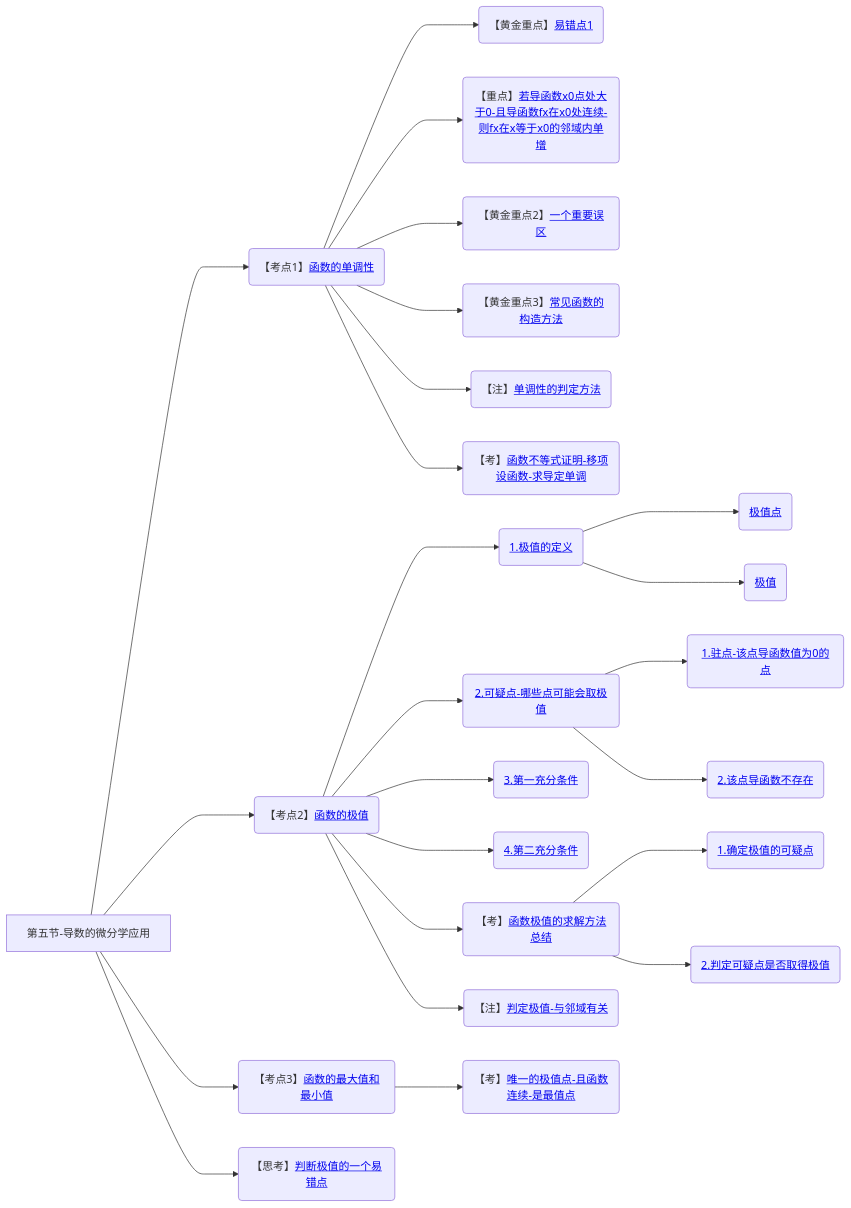
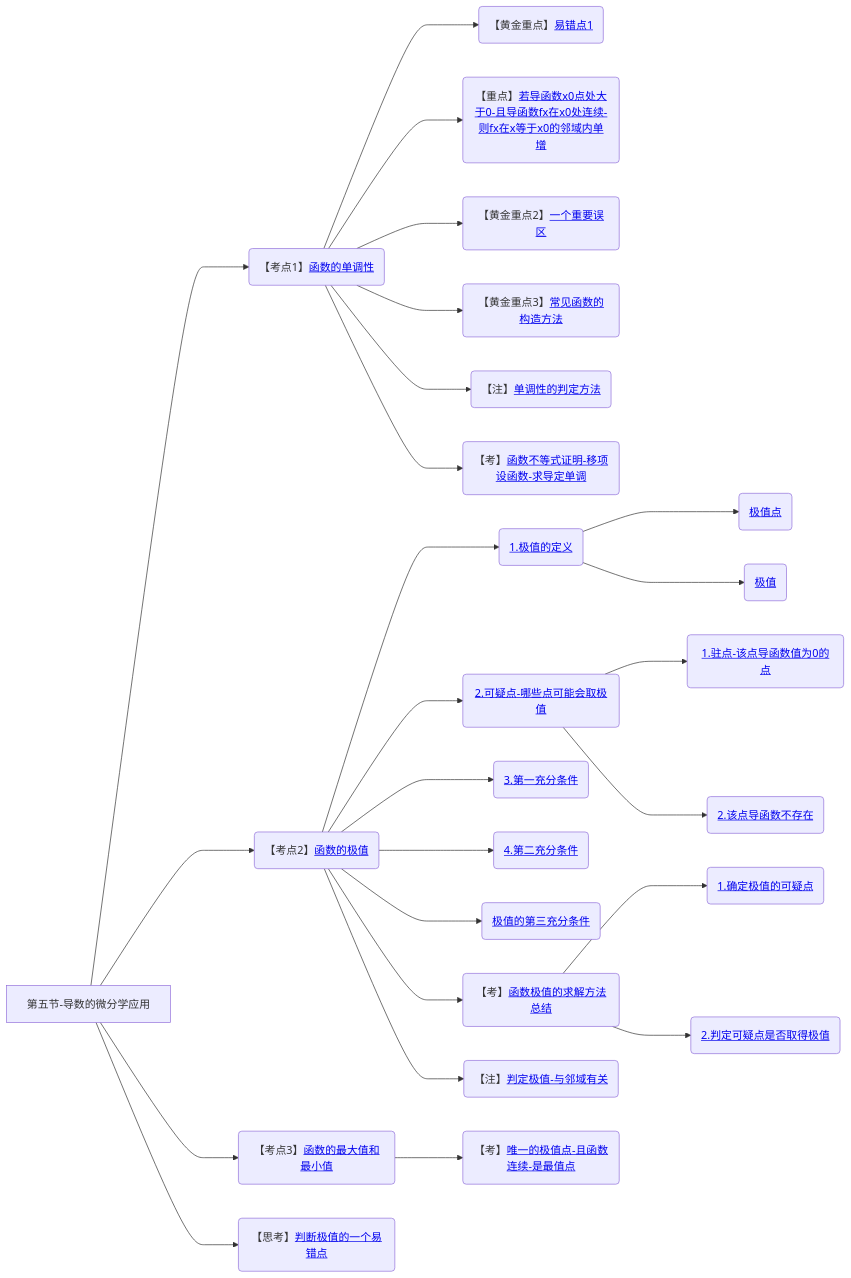
One commit to yuebinghui/note changed diagram 15 of 16 in 笔记/数学/周洋鑫/01.基础班思维导图.md. Above: the diagram before and after it, drawn with Mermaid. The commit also changed 3 other files, not shown here.

````diff
--- a/笔记/数学/周洋鑫/01.基础班思维导图.md
+++ b/笔记/数学/周洋鑫/01.基础班思维导图.md
@@ -530,33 +530,34 @@
 ```mermaid
 graph LR
 第五节-导数的微分学应用
 
 第五节-导数的微分学应用--->函数的单调性(【考点1】<a href="/Users/yuebinghui/Documents/program/github/note/笔记/数学/周洋鑫/基础班/15.导数的微分学应用_1.md#函数的单调性">函数的单调性</>)
 函数的单调性--->易错点1(【黄金重点】<a href="/Users/yuebinghui/Documents/program/github/note/笔记/数学/周洋鑫/基础班/15.导数的微分学应用_1.md#易错点1">易错点1</>)
 函数的单调性--->若导函数x0点处大于0-且导函数fx在x0处连续-则fx在x等于x0的邻域内单增(【重点】<a href="/Users/yuebinghui/Documents/program/github/note/笔记/数学/周洋鑫/基础班/15.导数的微分学应用_1.md#若导函数x0点处大于0-且导函数fx在x0处连续-则fx在x等于x0的邻域内单增">若导函数x0点处大于0-且导函数fx在x0处连续-则fx在x等于x0的邻域内单增</>)
 函数的单调性--->一个重要误区(【黄金重点2】<a href="/Users/yuebinghui/Documents/program/github/note/笔记/数学/周洋鑫/基础班/15.导数的微分学应用_1.md#一个重要误区">一个重要误区</>)
 函数的单调性--->常见函数的构造方法(【黄金重点3】<a href="/Users/yuebinghui/Documents/program/github/note/笔记/数学/周洋鑫/基础班/15.导数的微分学应用_1.md#常见函数的构造方法">常见函数的构造方法</>)
 函数的单调性--->单调性的判定方法(【注】<a href="/Users/yuebinghui/Documents/program/github/note/笔记/数学/周洋鑫/基础班/15.导数的微分学应用_1.md#单调性的判定方法">单调性的判定方法</>)
 函数的单调性--->函数不等式证明-移项设函数-求导定单调(【考】<a href="/Users/yuebinghui/Documents/program/github/note/笔记/数学/周洋鑫/基础班/15.导数的微分学应用_1.md#函数不等式证明-移项设函数-求导定单调">函数不等式证明-移项设函数-求导定单调</>)
 
 第五节-导数的微分学应用--->函数的极值(【考点2】<a href="/Users/yuebinghui/Documents/program/github/note/笔记/数学/周洋鑫/基础班/16.导数的微分学应用_2.md#函数的极值">函数的极值</>)
 函数的极值--->1.极值的定义(<a href="/Users/yuebinghui/Documents/program/github/note/笔记/数学/周洋鑫/基础班/16.导数的微分学应用_2.md#1.极值的定义">1.极值的定义</>)
 1.极值的定义--->极值点(<a href="/Users/yuebinghui/Documents/program/github/note/笔记/数学/周洋鑫/基础班/16.导数的微分学应用_2.md#极值点">极值点</>)
 1.极值的定义--->极值(<a href="/Users/yuebinghui/Documents/program/github/note/笔记/数学/周洋鑫/基础班/16.导数的微分学应用_2.md#极值">极值</>)
 函数的极值--->2.可疑点-哪些点可能会取极值(<a href="/Users/yuebinghui/Documents/program/github/note/笔记/数学/周洋鑫/基础班/16.导数的微分学应用_2.md#2.可疑点-哪些点可能会取极值">2.可疑点-哪些点可能会取极值</>)
 2.可疑点-哪些点可能会取极值--->1.驻点-该点导函数值为0的点(<a href="/Users/yuebinghui/Documents/program/github/note/笔记/数学/周洋鑫/基础班/16.导数的微分学应用_2.md#1.驻点-该点导函数值为0的点">1.驻点-该点导函数值为0的点</>)
 2.可疑点-哪些点可能会取极值--->2.该点导函数不存在(<a href="/Users/yuebinghui/Documents/program/github/note/笔记/数学/周洋鑫/基础班/16.导数的微分学应用_2.md#2.该点导函数不存在">2.该点导函数不存在</>)
 函数的极值--->3.第一充分条件(<a href="/Users/yuebinghui/Documents/program/github/note/笔记/数学/周洋鑫/基础班/16.导数的微分学应用_2.md#3.第一充分条件">3.第一充分条件</>)
 函数的极值--->4.第二充分条件(<a href="/Users/yuebinghui/Documents/program/github/note/笔记/数学/周洋鑫/基础班/16.导数的微分学应用_2.md#4.第二充分条件">4.第二充分条件</>)
+函数的极值--->极值的第三充分条件(<a href="/Users/yuebinghui/Documents/program/github/note/笔记/数学/周洋鑫/基础班/17.导数的微分学应用_3.md#极值的第三充分条件">极值的第三充分条件</>)
 函数的极值--->函数极值的求解方法总结(【考】<a href="/Users/yuebinghui/Documents/program/github/note/笔记/数学/周洋鑫/基础班/16.导数的微分学应用_2.md#函数极值的求解方法总结">函数极值的求解方法总结</>)
 函数极值的求解方法总结--->1.确定极值的可疑点(<a href="/Users/yuebinghui/Documents/program/github/note/笔记/数学/周洋鑫/基础班/16.导数的微分学应用_2.md#1.确定极值的可疑点">1.确定极值的可疑点</>)
 函数极值的求解方法总结--->2.判定可疑点是否取得极值(<a href="/Users/yuebinghui/Documents/program/github/note/笔记/数学/周洋鑫/基础班/16.导数的微分学应用_2.md#2.判定可疑点是否取得极值">2.判定可疑点是否取得极值</>)
 函数的极值--->判定极值-与邻域有关(【注】<a href="/Users/yuebinghui/Documents/program/github/note/笔记/数学/周洋鑫/基础班/16.导数的微分学应用_2.md#判定极值-与邻域有关">判定极值-与邻域有关</>)
 
 第五节-导数的微分学应用--->函数的最大值和最小值(【考点3】<a href="/Users/yuebinghui/Documents/program/github/note/笔记/数学/周洋鑫/基础班/16.导数的微分学应用_2.md#函数的最大值和最小值">函数的最大值和最小值</>)
 函数的最大值和最小值--->唯一的极值点-且函数连续-是最值点(【考】<a href="/Users/yuebinghui/Documents/program/github/note/笔记/数学/周洋鑫/基础班/16.导数的微分学应用_2.md#唯一的极值点-且函数连续-是最值点">唯一的极值点-且函数连续-是最值点</>)
 
 第五节-导数的微分学应用--->一个易错点(【思考】<a href="/Users/yuebinghui/Documents/program/github/note/笔记/数学/周洋鑫/基础班/17.导数的微分学应用_3.md#一个易错点">判断极值的一个易错点</>)
 
 
 ```
````
